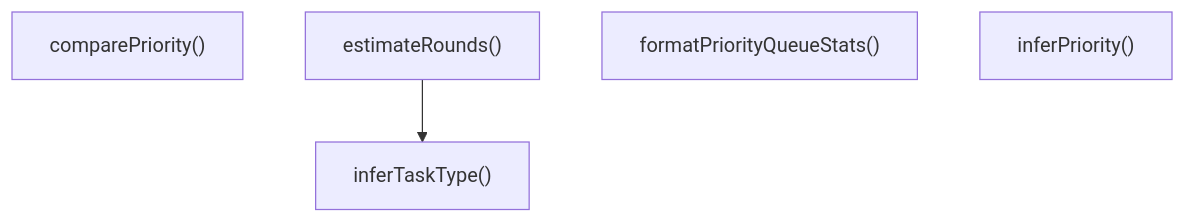
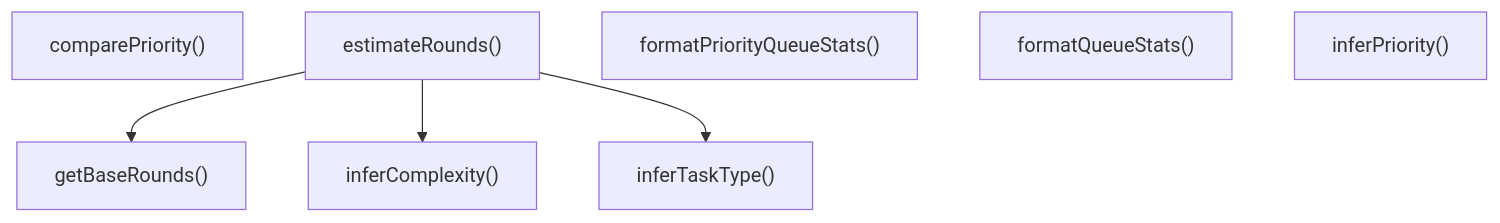
Before and after one commit to Mekann2904/mekann: the third of 4 diagrams in ABDD/.pi/lib/priority-scheduler.md, drawn with Mermaid. The commit also changed other lines of this file and 257 other files, not shown here.

````diff
--- a/ABDD/.pi/lib/priority-scheduler.md
+++ b/ABDD/.pi/lib/priority-scheduler.md
@@ -85,9 +138,14 @@
 ```mermaid
 flowchart TD
   comparePriority["comparePriority()"]
   estimateRounds["estimateRounds()"]
   formatPriorityQueueStats["formatPriorityQueueStats()"]
+  formatQueueStats["formatQueueStats()"]
+  getBaseRounds["getBaseRounds()"]
+  inferComplexity["inferComplexity()"]
   inferPriority["inferPriority()"]
   inferTaskType["inferTaskType()"]
+  estimateRounds --> getBaseRounds
+  estimateRounds --> inferComplexity
   estimateRounds --> inferTaskType
 ```
````
